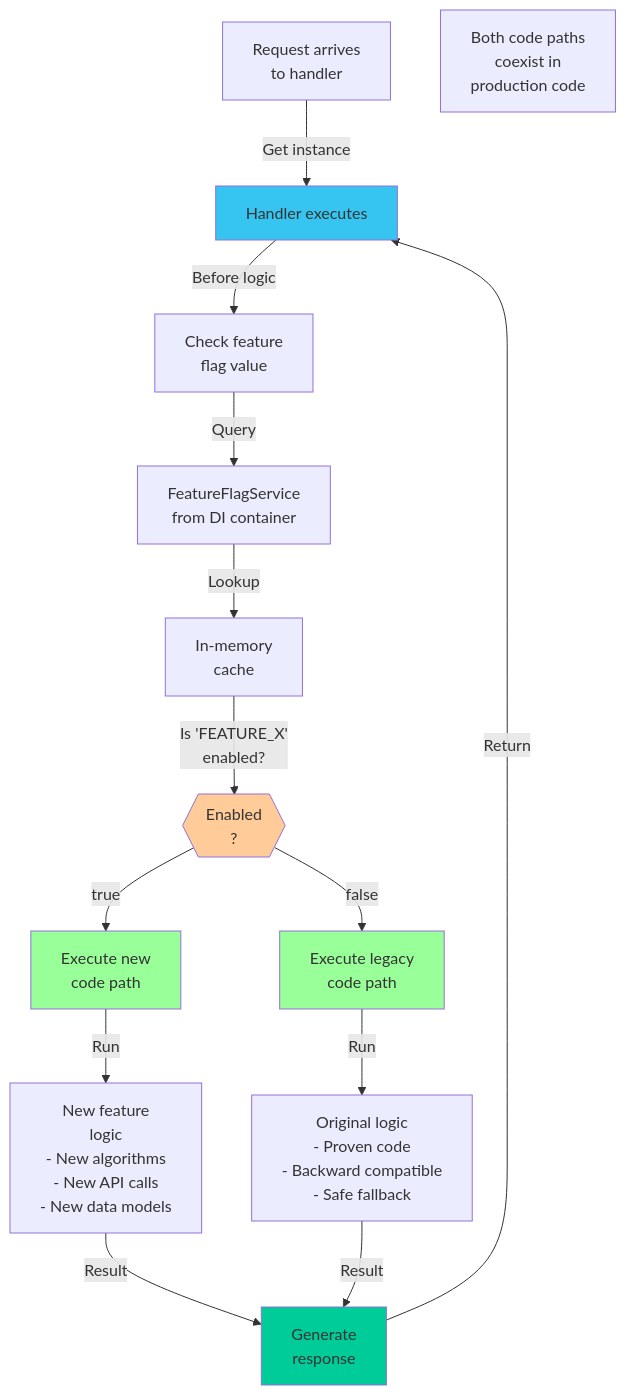
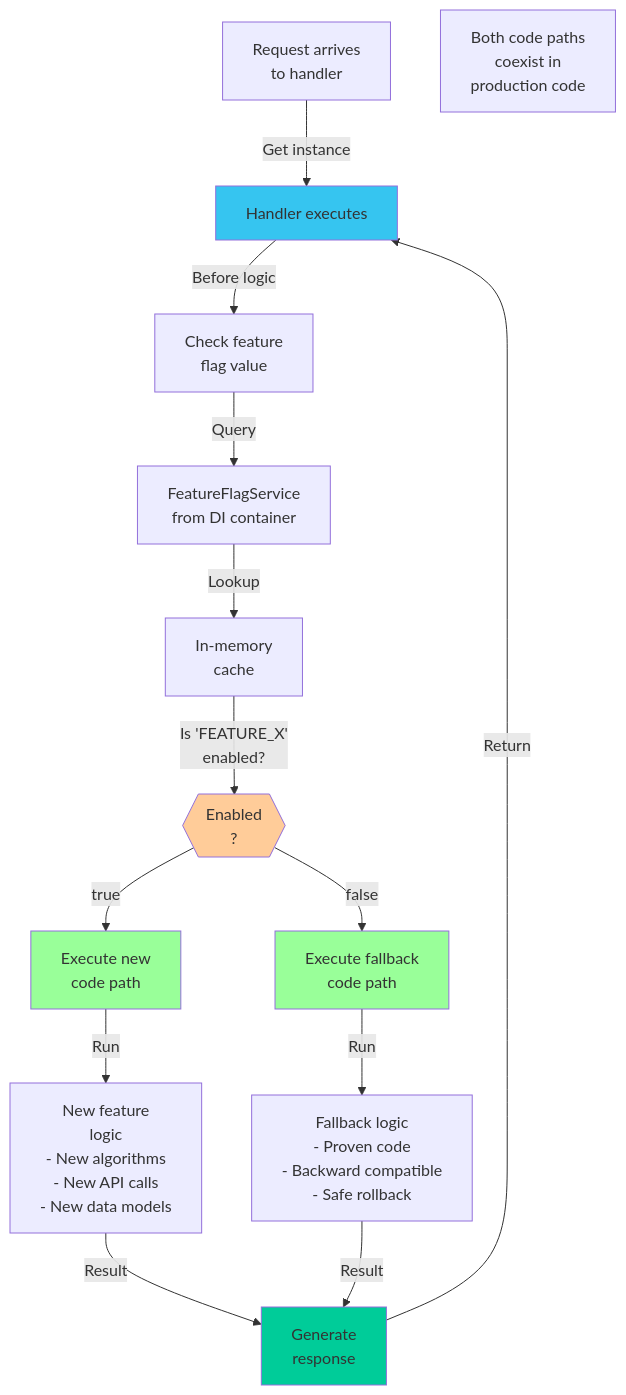
Before and after one commit to blueman82/mcp-exec: the third of 6 diagrams in ketchup/docs/diagrams/8-feature-flags.md, drawn with Mermaid. The commit also changed other lines of this file and 2 other files, not shown here.

First line of the commit message:
docs: Remove legacy DI references from diagrams (#8)

````diff
--- a/ketchup/docs/diagrams/8-feature-flags.md
+++ b/ketchup/docs/diagrams/8-feature-flags.md
@@ -100,35 +100,35 @@
 ```mermaid
 graph TD
     RequestArrives["Request arrives<br/>to handler"]
 
     RequestArrives -->|Get instance| Handler["Handler executes"]
 
     Handler -->|Before logic| CheckFlag["Check feature<br/>flag value"]
 
     CheckFlag -->|Query| FlagService["FeatureFlagService<br/>from DI container"]
 
     FlagService -->|Lookup| Cache["In-memory<br/>cache"]
 
     Cache -->|Is 'FEATURE_X'<br/>enabled?| IsEnabled{{"Enabled<br/>?"}}
 
     IsEnabled -->|true| NewPath["Execute new<br/>code path"]
-    IsEnabled -->|false| LegacyPath["Execute legacy<br/>code path"]
+    IsEnabled -->|false| FallbackPath["Execute fallback<br/>code path"]
 
     NewPath -->|Run| NewLogic["New feature<br/>logic<br/>- New algorithms<br/>- New API calls<br/>- New data models"]
 
-    LegacyPath -->|Run| OldLogic["Original logic<br/>- Proven code<br/>- Backward compatible<br/>- Safe fallback"]
+    FallbackPath -->|Run| OldLogic["Fallback logic<br/>- Proven code<br/>- Backward compatible<br/>- Safe rollback"]
 
     NewLogic -->|Result| Response["Generate<br/>response"]
 
     OldLogic -->|Result| Response
 
     Response -->|Return| Handler
 
     style Handler fill:#36c5f0
     style IsEnabled fill:#ffcc99
     style NewPath fill:#99ff99
-    style LegacyPath fill:#99ff99
+    style FallbackPath fill:#99ff99
     style Response fill:#00cc99
 
     Note["Both code paths<br/>coexist in<br/>production code"]
 ```
````
